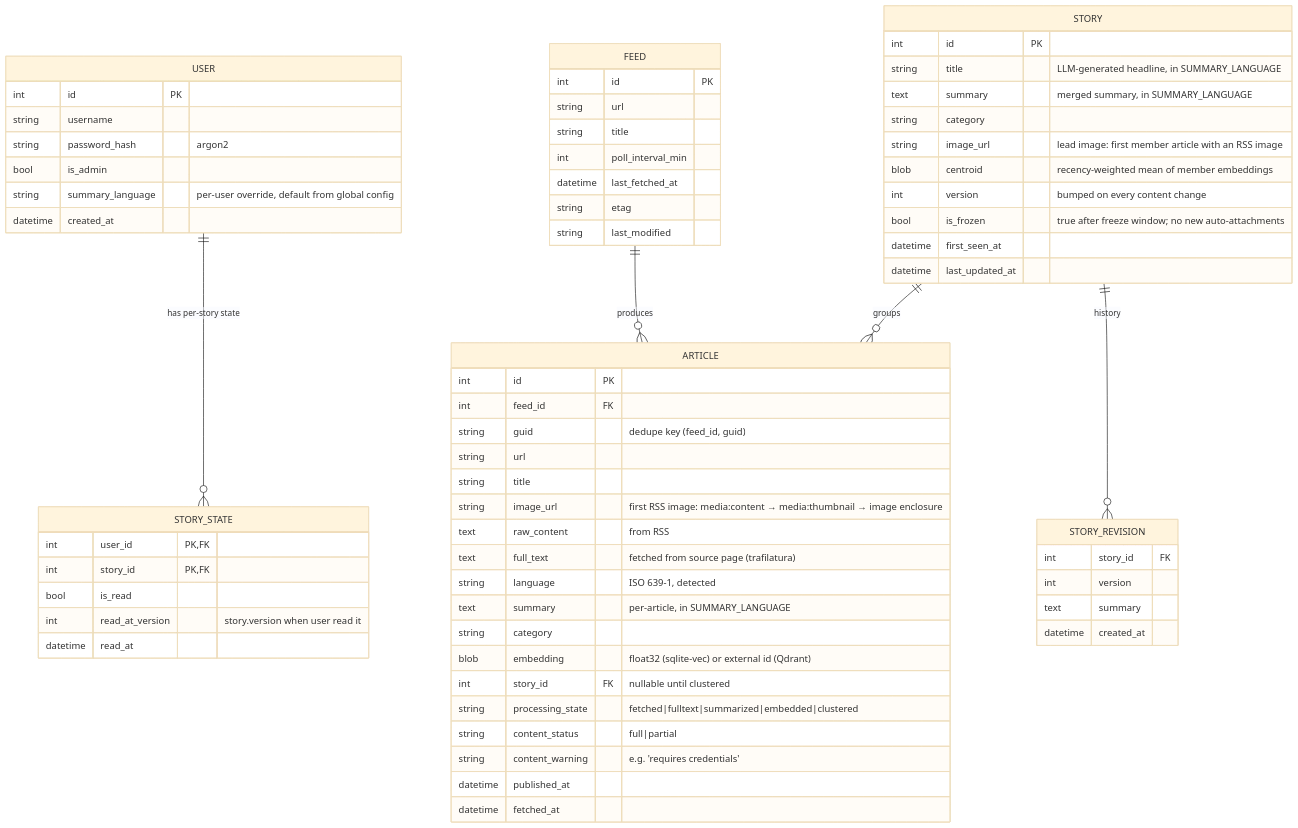
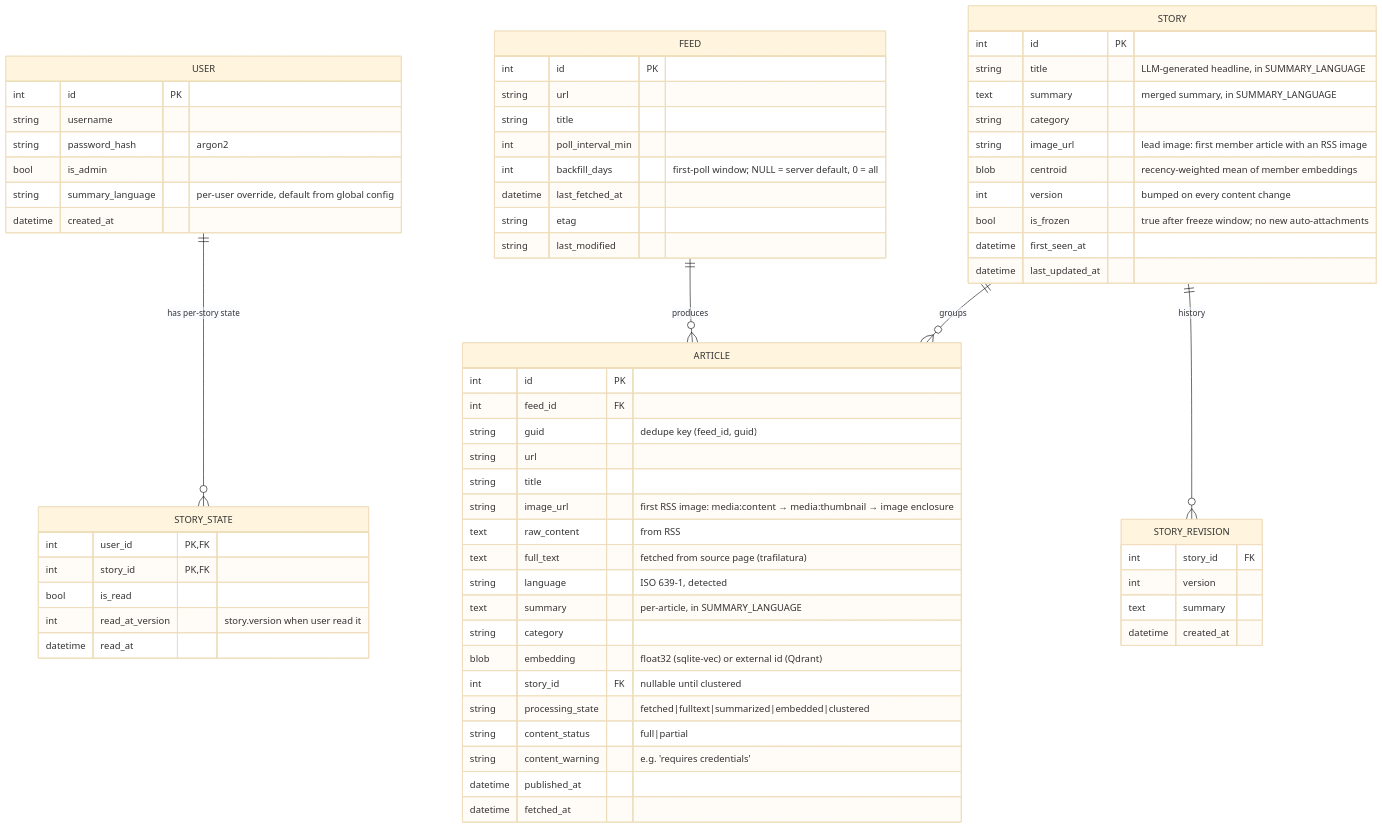
One commit to Tekka90/NewsGator changed the first of 2 diagrams in SPEC.md. Above: the diagram before and after it, drawn with Mermaid (base theme). The commit also changed other lines of this file and 14 other files, not shown here.

Commit message:
feat: implement per-feed backfill window for initial import, allowing configurable entry skipping

````diff
--- a/SPEC.md
+++ b/SPEC.md
@@ -77,75 +77,76 @@
 ```mermaid
 erDiagram
     USER ||--o{ STORY_STATE : "has per-story state"
     FEED ||--o{ ARTICLE : produces
     STORY ||--o{ ARTICLE : groups
     STORY ||--o{ STORY_REVISION : "history"
 
     USER {
         int id PK
         string username
         string password_hash  "argon2"
         bool   is_admin
         string summary_language  "per-user override, default from global config"
         datetime created_at
     }
 
     FEED {
         int id PK
         string url
         string title
         int poll_interval_min
+        int backfill_days   "first-poll window; NULL = server default, 0 = all"
         datetime last_fetched_at
         string etag
         string last_modified
     }
 
     ARTICLE {
         int id PK
         int feed_id FK
         string guid          "dedupe key (feed_id, guid)"
         string url
         string title
         string image_url   "first RSS image: media:content → media:thumbnail → image enclosure"
         text   raw_content   "from RSS"
         text   full_text     "fetched from source page (trafilatura)"
         string language      "ISO 639-1, detected"
         text   summary       "per-article, in SUMMARY_LANGUAGE"
         string category
         blob   embedding     "float32 (sqlite-vec) or external id (Qdrant)"
         int    story_id FK   "nullable until clustered"
         string processing_state "fetched|fulltext|summarized|embedded|clustered"
         string content_status   "full|partial"
         string content_warning  "e.g. 'requires credentials'"
         datetime published_at
         datetime fetched_at
     }
 
     STORY {
         int id PK
         string title          "LLM-generated headline, in SUMMARY_LANGUAGE"
         text   summary        "merged summary, in SUMMARY_LANGUAGE"
         string category
         string image_url      "lead image: first member article with an RSS image"
         blob   centroid       "recency-weighted mean of member embeddings"
         int    version        "bumped on every content change"
         bool   is_frozen      "true after freeze window; no new auto-attachments"
         datetime first_seen_at
         datetime last_updated_at
     }
 
     STORY_STATE {
         int user_id PK, FK
         int story_id PK, FK
         bool   is_read
         int    read_at_version  "story.version when user read it"
         datetime read_at
     }
 
     STORY_REVISION {
         int story_id FK
         int version
         text summary
         datetime created_at
     }
 ```
````
